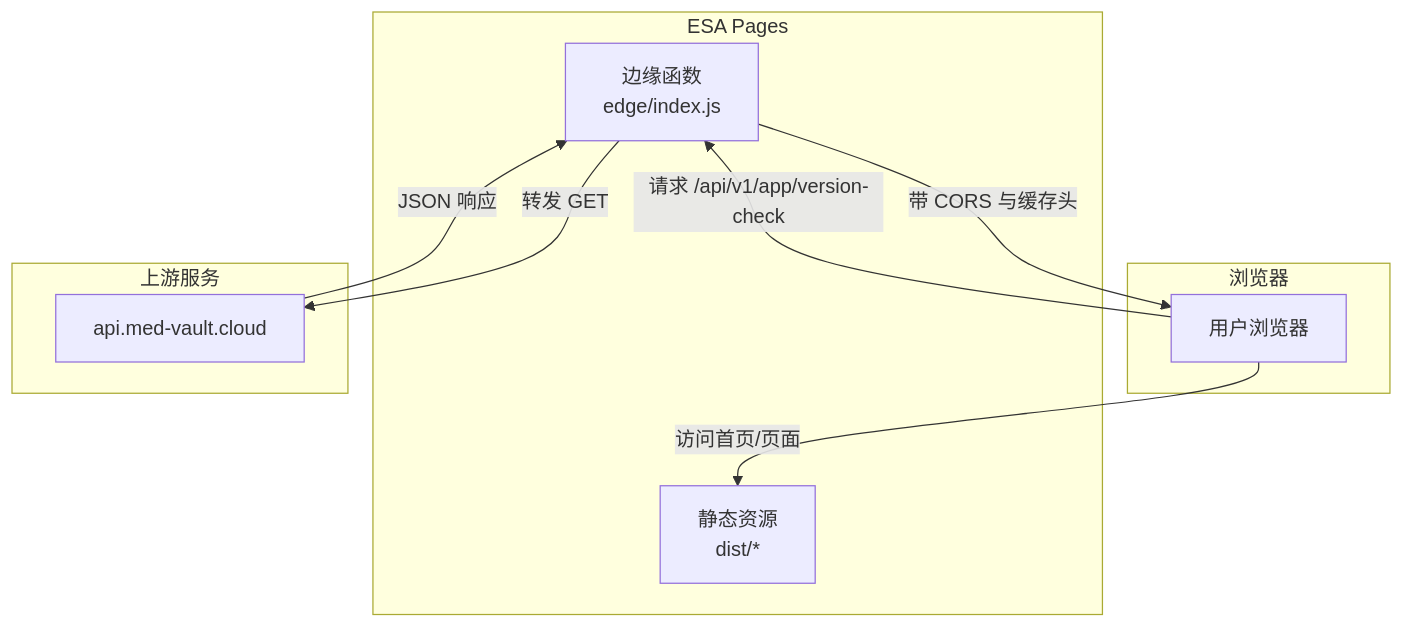
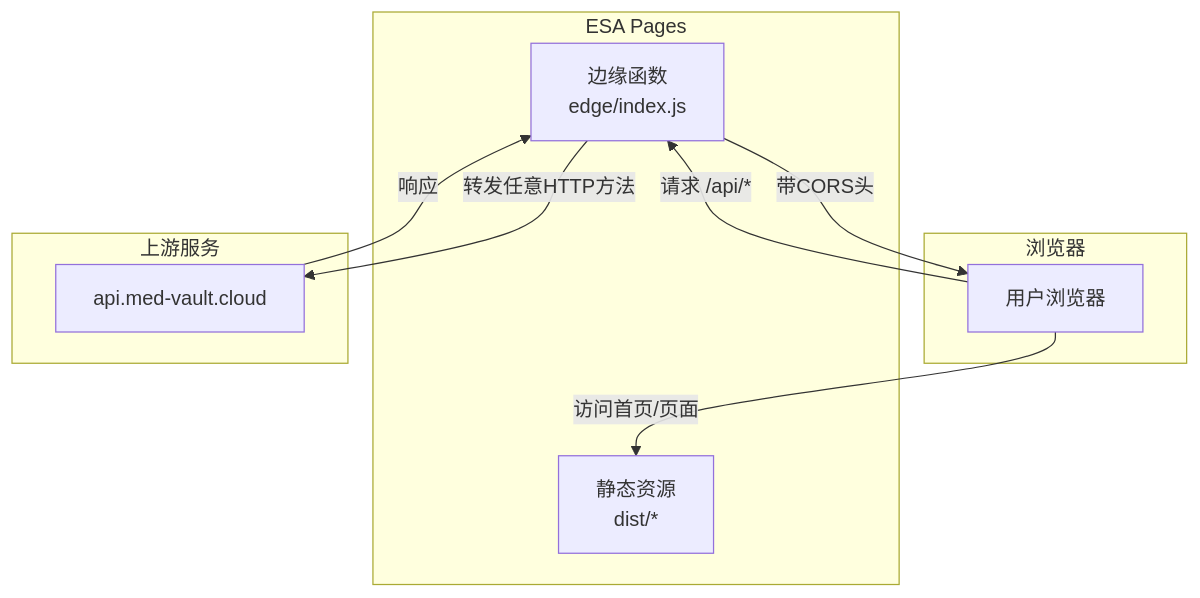
Before and after one commit to BlackWhiteBlock/med-vault-website: the first of 5 diagrams in .qoder/repowiki/zh/content/架构设计/边缘函数系统.md, drawn with Mermaid. The commit also changed other lines of this file and 4 other files, not shown here.

````diff
--- a/.qoder/repowiki/zh/content/架构设计/边缘函数系统.md
+++ b/.qoder/repowiki/zh/content/架构设计/边缘函数系统.md
@@ -37,18 +48,18 @@
 ```mermaid
 graph TB
 subgraph "ESA Pages"
 E["边缘函数<br/>edge/index.js"]
 A["静态资源<br/>dist/*"]
 end
 subgraph "浏览器"
 B["用户浏览器"]
 end
 subgraph "上游服务"
 U["api.med-vault.cloud"]
 end
-B --> |请求 /api/v1/app/version-check| E
-E --> |转发 GET| U
-U --> |JSON 响应| E
-E --> |带 CORS 与缓存头| B
+B --> |请求 /api/*| E
+E --> |转发任意HTTP方法| U
+U --> |响应| E
+E --> |带CORS头| B
 B --> |访问首页/页面| A
 ```
````
